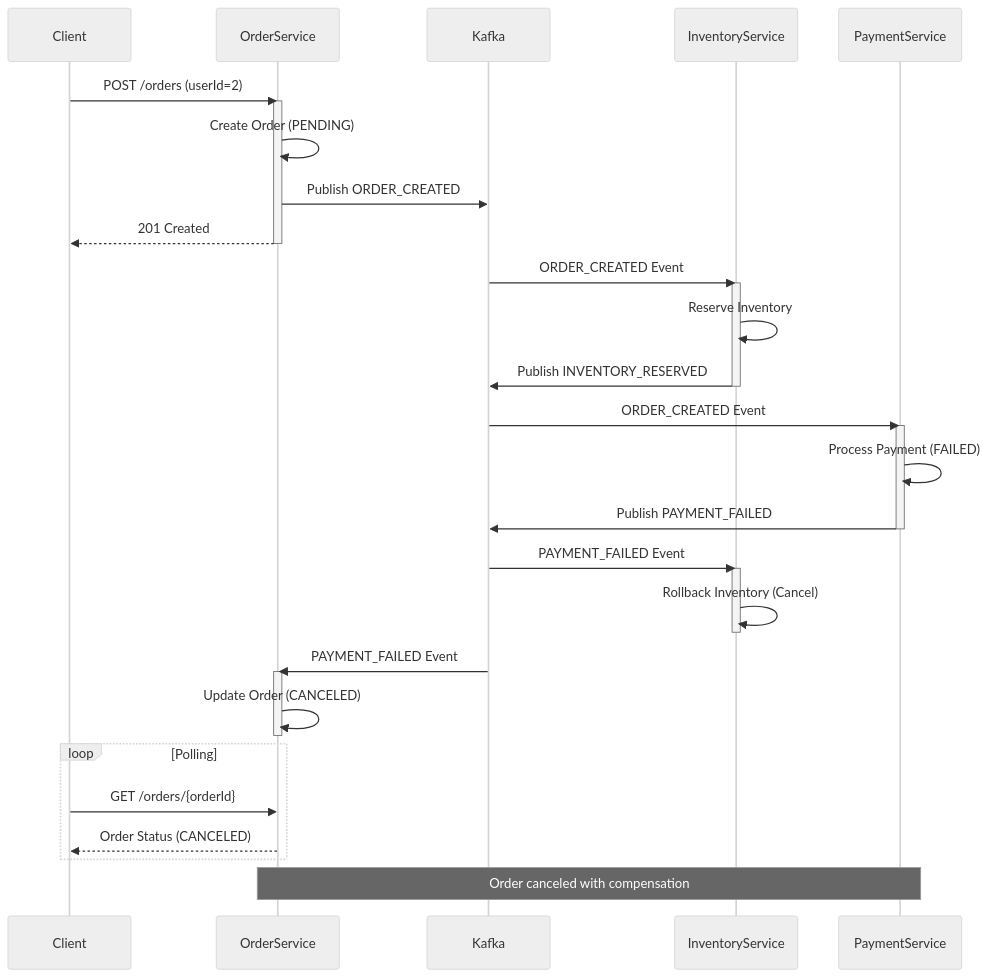
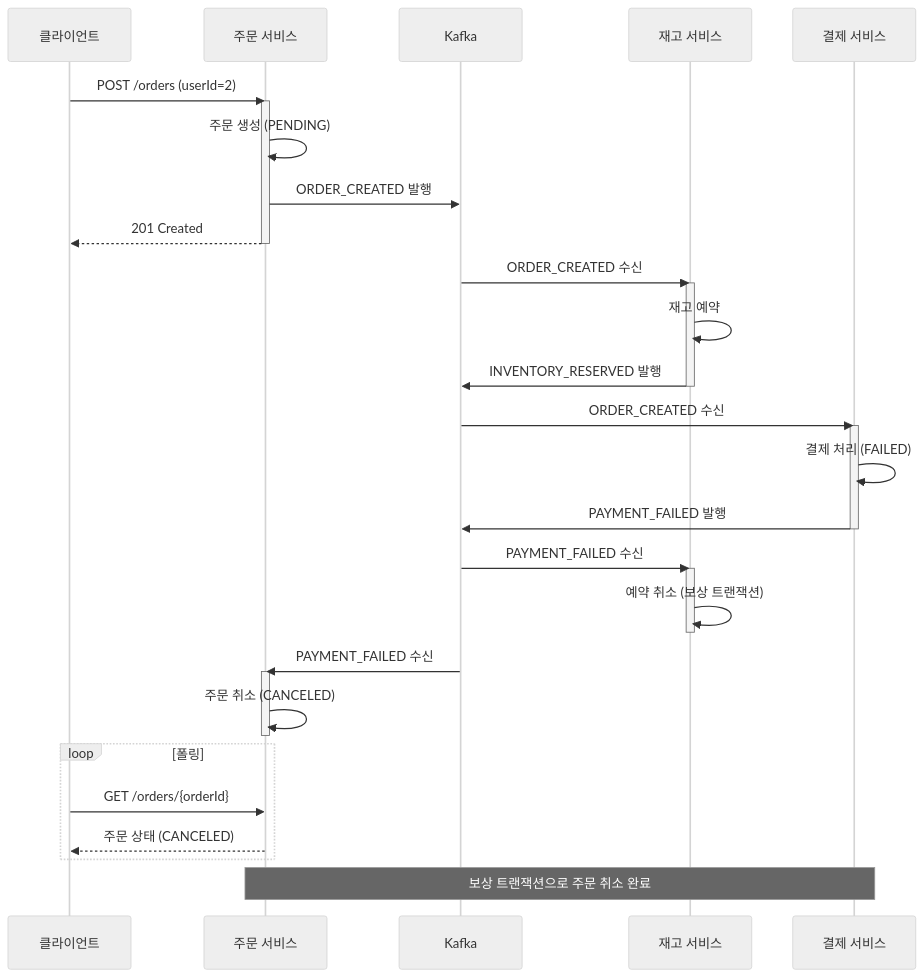
One commit to kimjunyoung90/saga-examples changed the third of 5 diagrams in choreography/README.md. Above: the diagram before and after it, drawn with Mermaid (neutral theme). The commit also changed other lines of this file and 1 other file, not shown here.

````diff
--- a/choreography/README.md
+++ b/choreography/README.md
@@ -101,44 +101,44 @@
 ```mermaid
 sequenceDiagram
-    participant Client
-    participant OrderService
+    participant Client as 클라이언트
+    participant OS as 주문 서비스
     participant Kafka
-    participant InventoryService
-    participant PaymentService
+    participant IS as 재고 서비스
+    participant PS as 결제 서비스
 
-    Client->>OrderService: POST /orders (userId=2)
-    activate OrderService
-    OrderService->>OrderService: Create Order (PENDING)
-    OrderService->>Kafka: Publish ORDER_CREATED
-    OrderService-->>Client: 201 Created
-    deactivate OrderService
+    Client->>OS: POST /orders (userId=2)
+    activate OS
+    OS->>OS: 주문 생성 (PENDING)
+    OS->>Kafka: ORDER_CREATED 발행
+    OS-->>Client: 201 Created
+    deactivate OS
 
-    Kafka->>InventoryService: ORDER_CREATED Event
-    activate InventoryService
-    InventoryService->>InventoryService: Reserve Inventory
-    InventoryService->>Kafka: Publish INVENTORY_RESERVED
-    deactivate InventoryService
+    Kafka->>IS: ORDER_CREATED 수신
+    activate IS
+    IS->>IS: 재고 예약
+    IS->>Kafka: INVENTORY_RESERVED 발행
+    deactivate IS
 
-    Kafka->>PaymentService: ORDER_CREATED Event
-    activate PaymentService
-    PaymentService->>PaymentService: Process Payment (FAILED)
-    PaymentService->>Kafka: Publish PAYMENT_FAILED
-    deactivate PaymentService
+    Kafka->>PS: ORDER_CREATED 수신
+    activate PS
+    PS->>PS: 결제 처리 (FAILED)
+    PS->>Kafka: PAYMENT_FAILED 발행
+    deactivate PS
 
-    Kafka->>InventoryService: PAYMENT_FAILED Event
-    activate InventoryService
-    InventoryService->>InventoryService: Rollback Inventory (Cancel)
-    deactivate InventoryService
+    Kafka->>IS: PAYMENT_FAILED 수신
+    activate IS
+    IS->>IS: 예약 취소 (보상 트랜잭션)
+    deactivate IS
 
-    Kafka->>OrderService: PAYMENT_FAILED Event
-    activate OrderService
-    OrderService->>OrderService: Update Order (CANCELED)
-    deactivate OrderService
+    Kafka->>OS: PAYMENT_FAILED 수신
+    activate OS
+    OS->>OS: 주문 취소 (CANCELED)
+    deactivate OS
 
-    loop Polling
-        Client->>OrderService: GET /orders/{orderId}
-        OrderService-->>Client: Order Status (CANCELED)
+    loop 폴링
+        Client->>OS: GET /orders/{orderId}
+        OS-->>Client: 주문 상태 (CANCELED)
     end
 
-    Note over OrderService,PaymentService: Order canceled with compensation
+    Note over OS,PS: 보상 트랜잭션으로 주문 취소 완료
 ```
````
